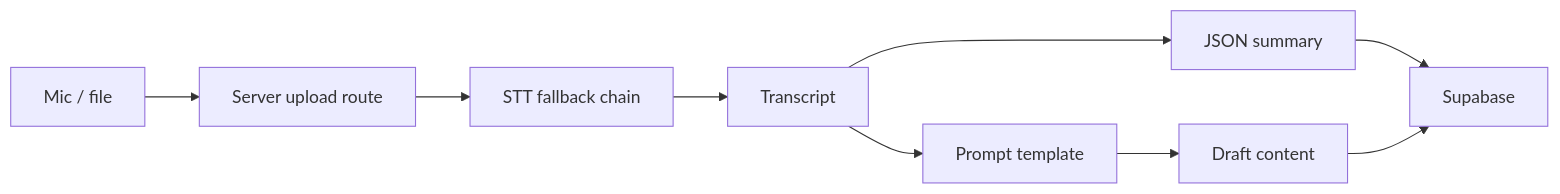
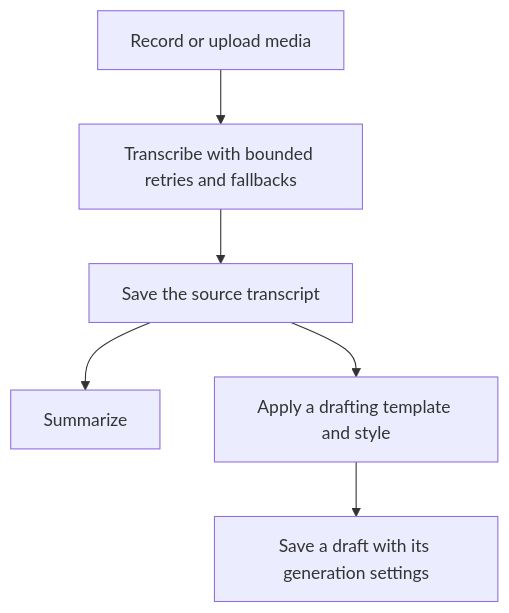
One commit to SebastianKristof/voicenotes changed the diagram in README.md. Above: the diagram before and after it, drawn with Mermaid. The commit also changed other lines of this file, not shown here.

````diff
--- a/README.md
+++ b/README.md
@@ -28,11 +11,8 @@
-```mermaid
-flowchart LR
-    A["Mic / file"] --> B["Server upload route"]
-    B --> C["STT fallback chain"]
-    C --> D["Transcript"]
-    D --> E["JSON summary"]
-    D --> F["Prompt template"]
-    E --> G["Supabase"]
-    F --> H["Draft content"]
-    H --> G
-```
+~~~mermaid
+flowchart TD
+    A["Record or upload media"] --> B["Transcribe with bounded retries and fallbacks"]
+    B --> C["Save the source transcript"]
+    C --> D["Summarize"]
+    C --> E["Apply a drafting template and style"]
+    E --> F["Save a draft with its generation settings"]
+~~~
````
